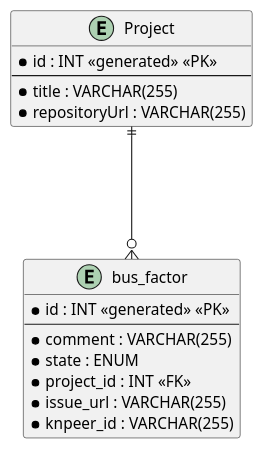
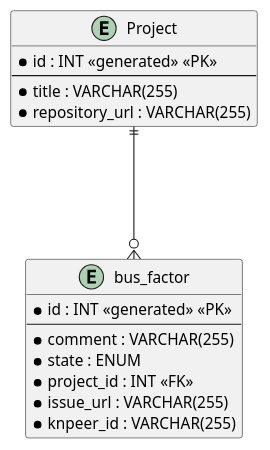
One commit to LeoGrouet/hot-tools-slides changed the second of 3 diagrams in slides.md. Above: the diagram before and after it, drawn with PlantUML. The commit also changed other lines of this file and 16 other files, not shown here.

````diff
--- a/slides.md
+++ b/slides.md
@@ -276,25 +277,25 @@
 ```plantuml
 @startuml erd
 skinparam linetype ortho
 
 entity Project {
   * id : INT <<generated>> <<PK>>
   --
   * title : VARCHAR(255)
-  * repositoryUrl : VARCHAR(255)
+  * repository_url : VARCHAR(255)
 }
 
 entity bus_factor {
   * id : INT <<generated>> <<PK>>
   --
   * comment : VARCHAR(255)
   * state : ENUM
   * project_id : INT <<FK>>
   * issue_url : VARCHAR(255)
   * knpeer_id : VARCHAR(255)
 }
 
 Project ||---o{ bus_factor
 
 @enduml
 ```
````
